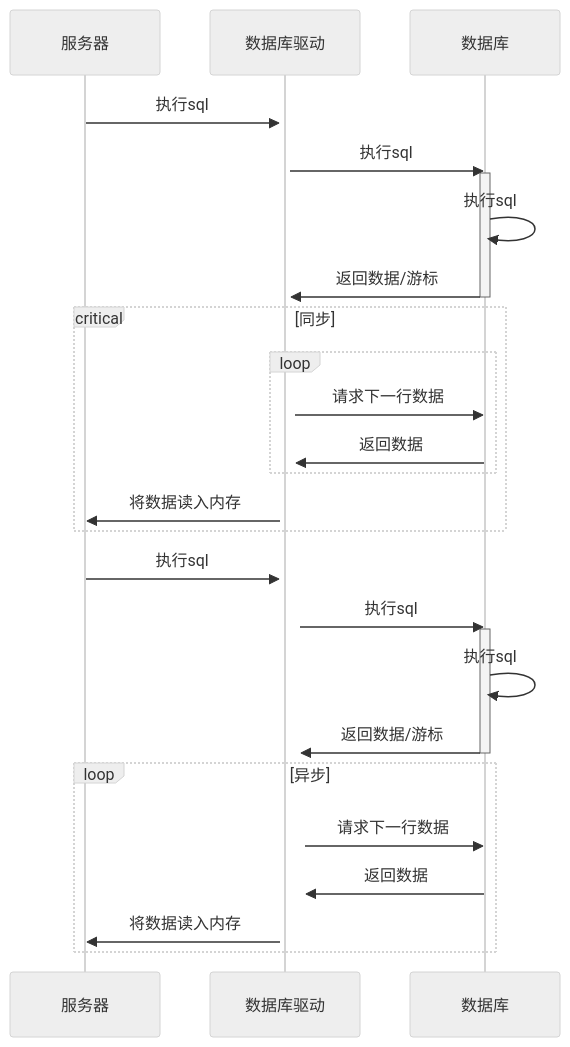
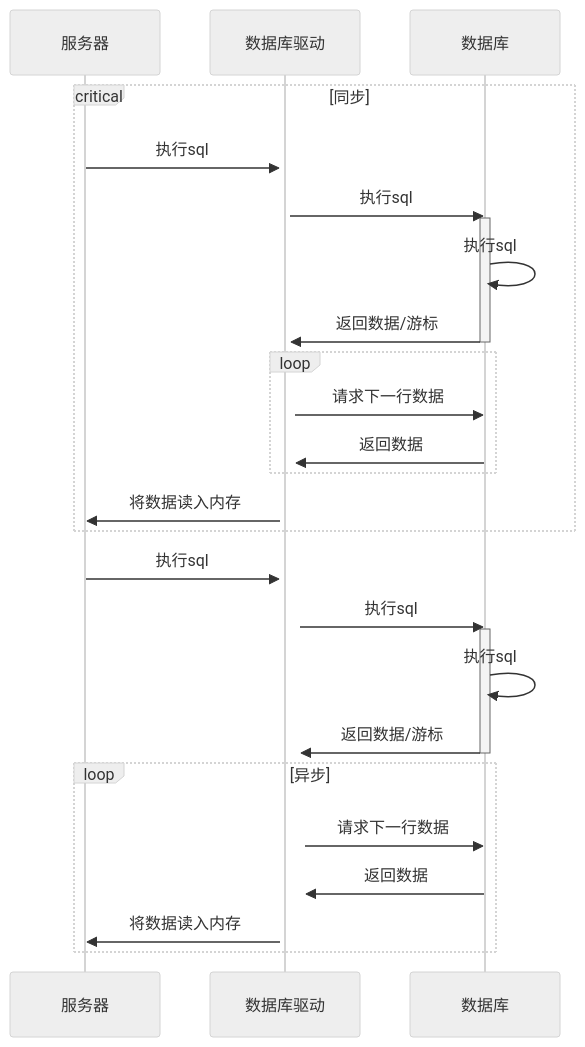
One commit to HY-10-8/iodraw-files changed the diagram in all/AI-服务查询数据.md. Above: the diagram before and after it, drawn with Mermaid (neutral theme). The commit also changed other lines of this file, not shown here.

````diff
--- a/all/AI-服务查询数据.md
+++ b/all/AI-服务查询数据.md
@@ -1,35 +1,35 @@
 ```mermaid
 sequenceDiagram
     
+    critical 同步
     服务器->>+数据库驱动: 执行sql
     数据库驱动->>数据库:执行sql
 
     activate 数据库
     数据库->>数据库: 执行sql
     数据库->>+数据库驱动: 返回数据/游标
     deactivate 数据库
 
-    critical 同步
         loop 
             数据库驱动->>数据库: 请求下一行数据
             数据库->>数据库驱动: 返回数据
         end
         数据库驱动->>服务器: 将数据读入内存
     end
 
 
     服务器->>+数据库驱动: 执行sql
     数据库驱动->>数据库:执行sql
 
     activate 数据库
     数据库->>数据库: 执行sql
     数据库->>+数据库驱动: 返回数据/游标
     deactivate 数据库
 
     loop 异步
         数据库驱动->>数据库: 请求下一行数据
         数据库->>数据库驱动: 返回数据
         数据库驱动->>服务器: 将数据读入内存
     end
 
 ```
````
